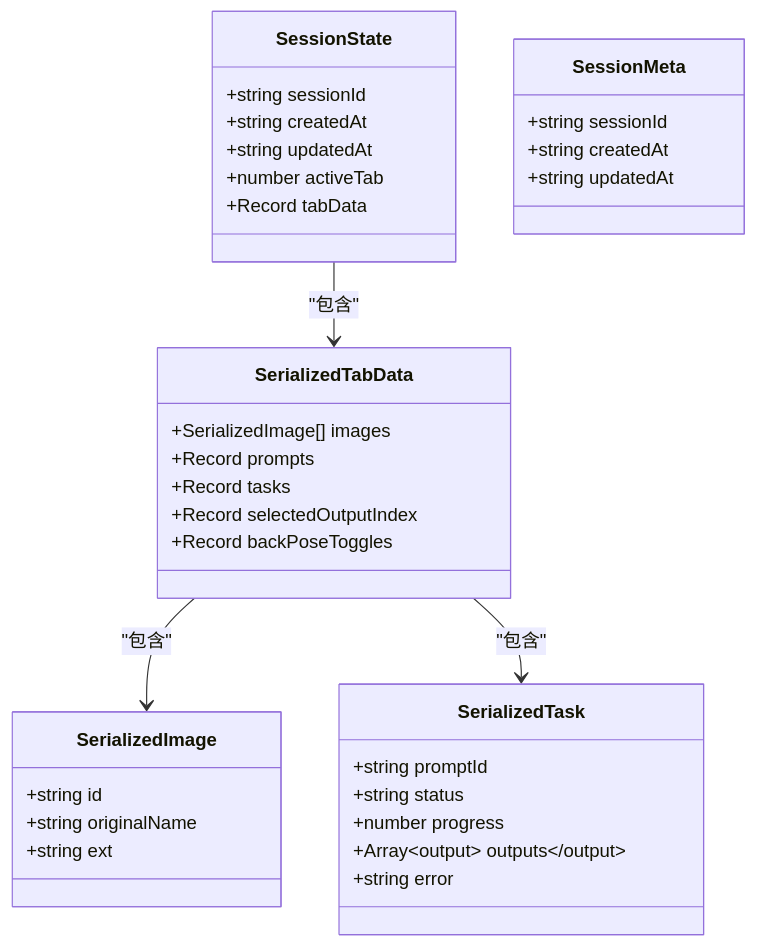
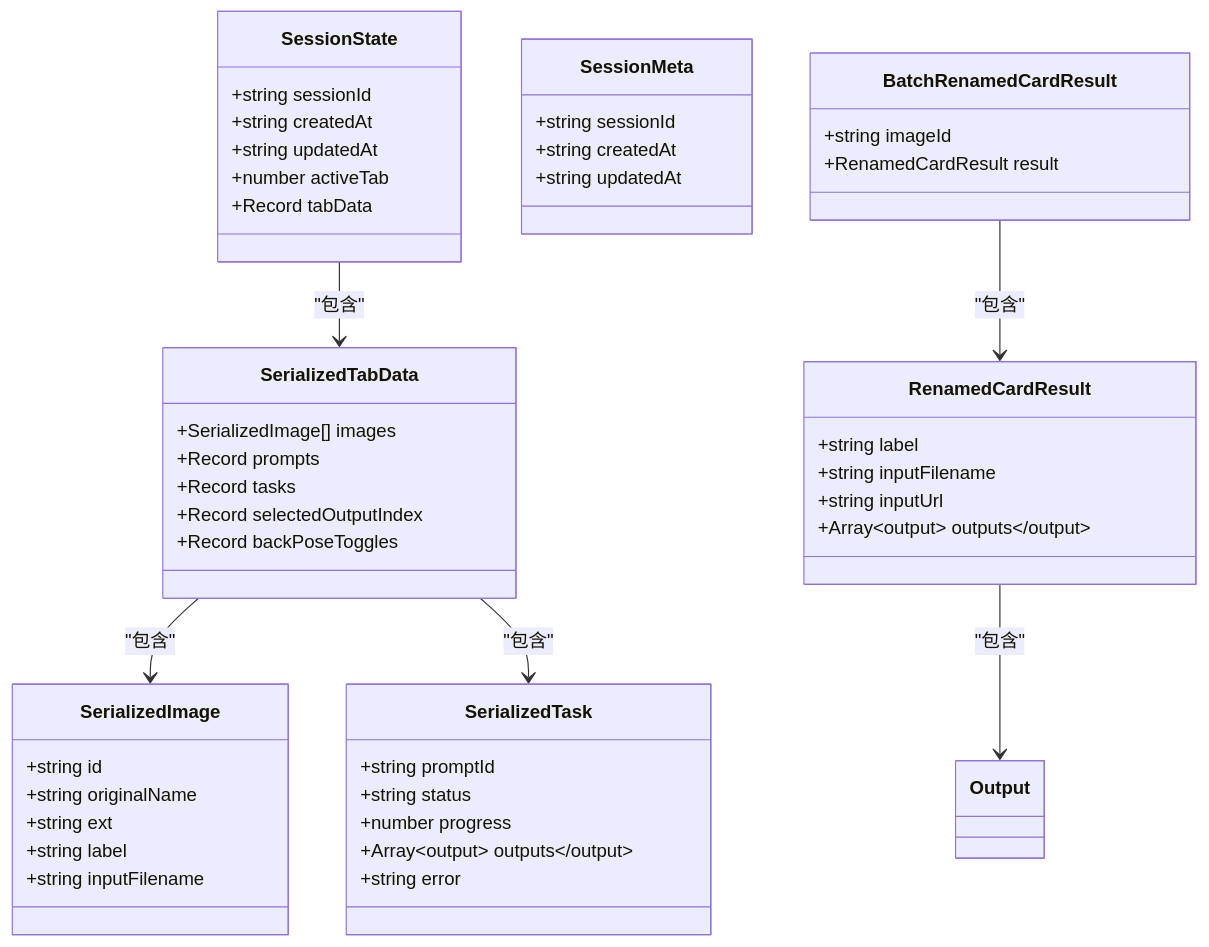
One commit to billye220670/CorineKit_Pix2Real changed the fourth of 5 diagrams in .qoder/repowiki/zh/content/后端服务/会话管理服务.md. Above: the diagram before and after it, drawn with Mermaid. The commit also changed other lines of this file and 11 other files, not shown here.

````diff
--- a/.qoder/repowiki/zh/content/后端服务/会话管理服务.md
+++ b/.qoder/repowiki/zh/content/后端服务/会话管理服务.md
@@ -223,37 +284,51 @@
 ```mermaid
 classDiagram
 class SessionState {
 +string sessionId
 +string createdAt
 +string updatedAt
 +number activeTab
 +Record<number, SerializedTabData> tabData
 }
 class SerializedTabData {
 +SerializedImage[] images
 +Record<string, string> prompts
 +Record<string, SerializedTask> tasks
 +Record<string, number> selectedOutputIndex
 +Record<string, boolean> backPoseToggles
 }
 class SerializedImage {
 +string id
 +string originalName
 +string ext
++string label
++string inputFilename
 }
 class SerializedTask {
 +string promptId
 +string status
 +number progress
 +Array<Output> outputs
 +string error
 }
 class SessionMeta {
 +string sessionId
 +string createdAt
 +string updatedAt
 }
+class RenamedCardResult {
++string label
++string inputFilename
++string inputUrl
++Array<Output> outputs
+}
+class BatchRenamedCardResult {
++string imageId
++RenamedCardResult result
+}
 SessionState --> SerializedTabData : "包含"
 SerializedTabData --> SerializedImage : "包含"
 SerializedTabData --> SerializedTask : "包含"
+RenamedCardResult --> Output : "包含"
+BatchRenamedCardResult --> RenamedCardResult : "包含"
 ```
````
